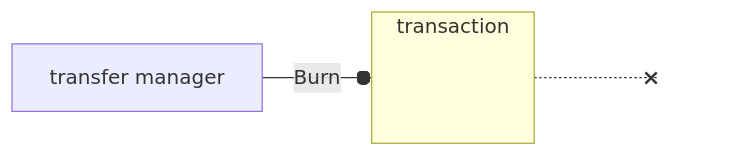
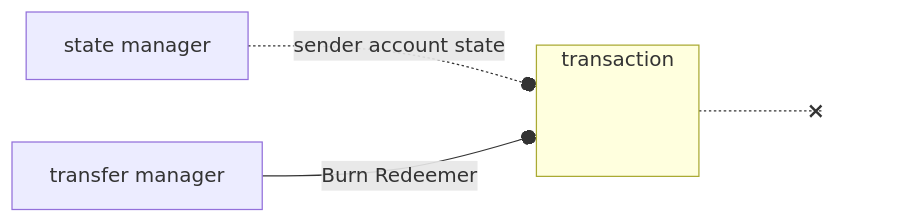
The sixth of 7 diagrams in CIP-meta-assets (ERC20-like assets)/README.md (cardano-foundation/CIPs), drawn with Mermaid before and after one commit. The commit also changed other lines of this file, not shown here.

````diff
--- a/CIP-meta-assets (ERC20-like assets)/README.md
+++ b/CIP-meta-assets (ERC20-like assets)/README.md
@@ -360,14 +420,17 @@
 ```mermaid
 flowchart LR
 
     subgraph transaction
         .[ ]
         style . fill:#FFFFFF00, stroke:#FFFFFF00;
     end
 
+    stateManager[state manager]
     transferManagerContract[transfer manager]
 
-    transferManagerContract -- Burn --o  transaction -..-x a[ ]
+    stateManager -. sender account state .-o transaction
+
+    transferManagerContract -- Burn Redeemer --o  transaction -..-x a[ ]
 
     style a fill:#FFFFFF00, stroke:#FFFFFF00;
 ```
````
